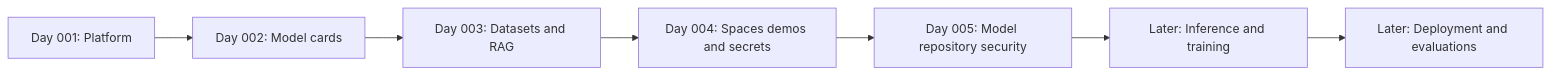
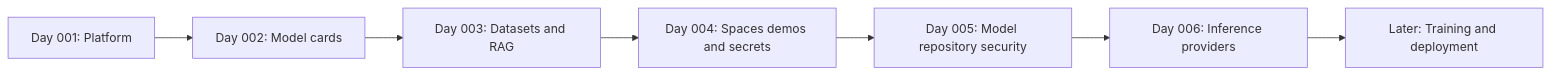
One commit to codetherapistpita-oss/codetherapistpita-oss changed the diagram in knowledge-hub/05-AI-AND-LLMS/AI-ACADEMY/PLATFORMS/HUGGING-FACE/SEASON-01/README.md. Above: the diagram before and after it, drawn with Mermaid. The commit also changed other lines of this file, not shown here.

Commit message:
Academy: index Hugging Face Day 006

````diff
--- a/knowledge-hub/05-AI-AND-LLMS/AI-ACADEMY/PLATFORMS/HUGGING-FACE/SEASON-01/README.md
+++ b/knowledge-hub/05-AI-AND-LLMS/AI-ACADEMY/PLATFORMS/HUGGING-FACE/SEASON-01/README.md
@@ -21,9 +22,9 @@
 ```mermaid
 flowchart LR
  A[Day 001: Platform] --> B[Day 002: Model cards]
  B --> C[Day 003: Datasets and RAG]
  C --> D[Day 004: Spaces demos and secrets]
  D --> E[Day 005: Model repository security]
- E --> F[Later: Inference and training]
- F --> G[Later: Deployment and evaluations]
+ E --> F[Day 006: Inference providers]
+ F --> G[Later: Training and deployment]
 ```
````
